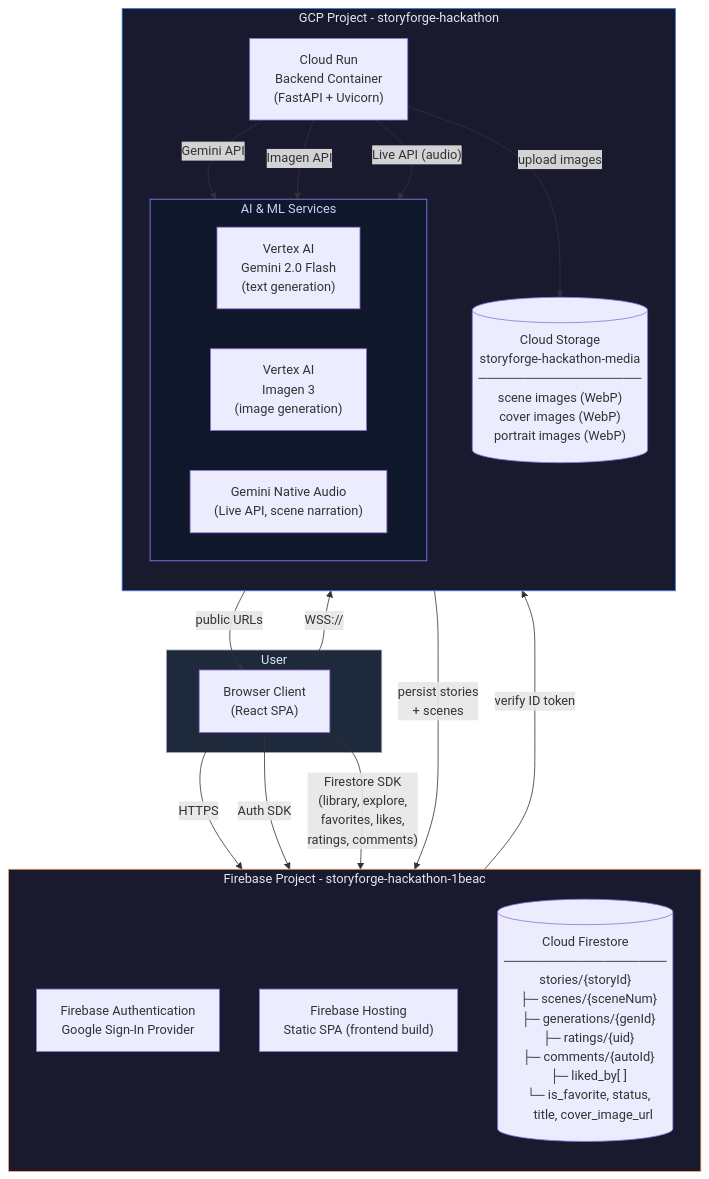
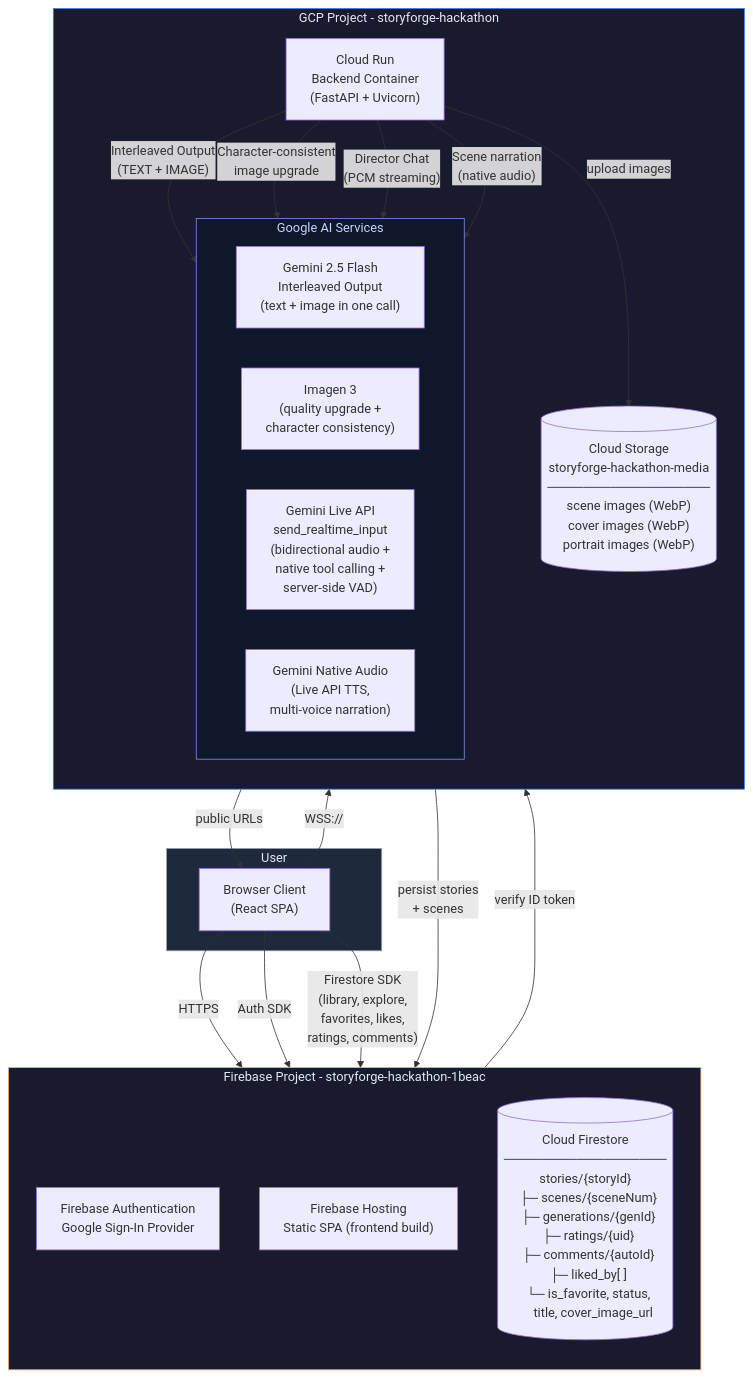
Before and after one commit to Dileep2896/reveria: the diagram in assets/diagrams/cloud-infrastructure.mmd, drawn with Mermaid. The commit also changed 67 other files, not shown here.

First line of the commit message:
Streaming Director audio, enhanced voice capture, docs fixes, social data

```diff
--- a/assets/diagrams/cloud-infrastructure.mmd
+++ b/assets/diagrams/cloud-infrastructure.mmd
@@ -1,43 +1,45 @@
 flowchart TB
     subgraph User["User"]
         Browser["Browser Client<br/>(React SPA)"]
     end
 
     subgraph Firebase["Firebase Project - storyforge-hackathon-1beac"]
         direction TB
         FBAuth["Firebase Authentication<br/>Google Sign-In Provider"]
         FBHosting["Firebase Hosting<br/>Static SPA (frontend build)"]
         FBFirestore[("Cloud Firestore<br/>──────────────────<br/>stories/{storyId}<br/>  ├─ scenes/{sceneNum}<br/>  ├─ generations/{genId}<br/>  ├─ ratings/{uid}<br/>  ├─ comments/{autoId}<br/>  ├─ liked_by[ ]<br/>  └─ is_favorite, status,<br/>     title, cover_image_url")]
     end
 
     subgraph GCP["GCP Project - storyforge-hackathon"]
         direction TB
         CloudRun["Cloud Run<br/>Backend Container<br/>(FastAPI + Uvicorn)"]
 
-        subgraph AI["AI & ML Services"]
+        subgraph AI["Google AI Services"]
             direction LR
-            VertexGemini["Vertex AI<br/>Gemini 2.0 Flash<br/>(text generation)"]
-            VertexImagen["Vertex AI<br/>Imagen 3<br/>(image generation)"]
-            GTTS["Gemini Native Audio<br/>(Live API, scene narration)"]
+            VertexGemini["Gemini 2.5 Flash<br/>Interleaved Output<br/>(text + image in one call)"]
+            VertexImagen["Imagen 3<br/>(quality upgrade +<br/>character consistency)"]
+            GeminiLive["Gemini Live API<br/>send_realtime_input<br/>(bidirectional audio +<br/>native tool calling +<br/>server-side VAD)"]
+            GTTS["Gemini Native Audio<br/>(Live API TTS,<br/>multi-voice narration)"]
         end
 
         GCSBucket[("Cloud Storage<br/>storyforge-hackathon-media<br/>──────────────────<br/>scene images (WebP)<br/>cover images (WebP)<br/>portrait images (WebP)")]
     end
 
     Browser -->|"HTTPS"| FBHosting
     Browser -->|"WSS://"| CloudRun
     Browser -->|"Auth SDK"| FBAuth
     Browser -->|"Firestore SDK<br/>(library, explore,<br/>favorites, likes,<br/>ratings, comments)"| FBFirestore
 
     FBAuth -->|"verify ID token"| CloudRun
-    CloudRun -->|"Gemini API"| VertexGemini
-    CloudRun -->|"Imagen API"| VertexImagen
-    CloudRun -->|"Live API (audio)"| GTTS
+    CloudRun -->|"Interleaved Output<br/>(TEXT + IMAGE)"| VertexGemini
+    CloudRun -->|"Character-consistent<br/>image upgrade"| VertexImagen
+    CloudRun -->|"Director Chat<br/>(PCM streaming)"| GeminiLive
+    CloudRun -->|"Scene narration<br/>(native audio)"| GTTS
     CloudRun -->|"persist stories<br/>+ scenes"| FBFirestore
     CloudRun -->|"upload images"| GCSBucket
     GCSBucket -->|"public URLs"| Browser
 
     style User fill:#1e293b,stroke:#94a3b8,color:#e2e8f0
     style Firebase fill:#1a1a2e,stroke:#ffa86c,color:#e2e8f0
     style GCP fill:#1a1a2e,stroke:#3b82f6,color:#e2e8f0
     style AI fill:#0f172a,stroke:#818cf8,color:#c7d2fe
```
